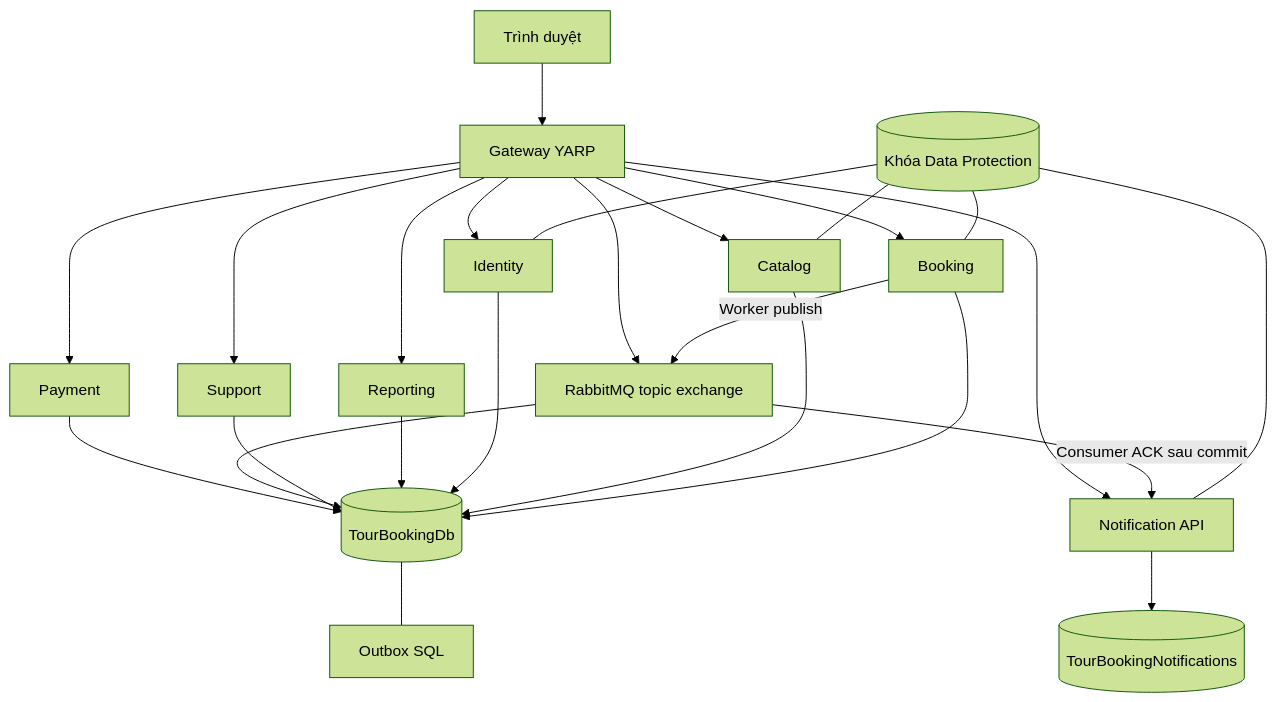
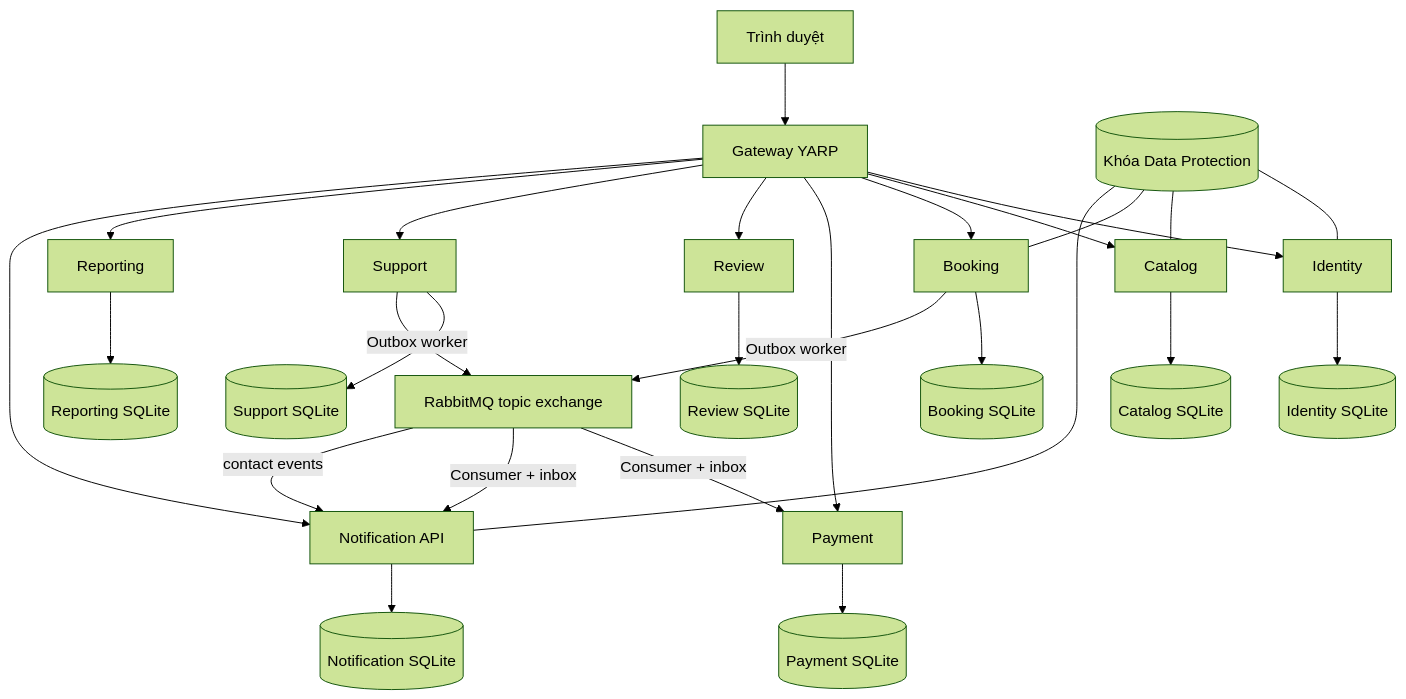
One commit to dangvu2910/Tourbookingg changed the first of 2 diagrams in docs/bao-cao-he-thong-phan-tan.md. Above: the diagram before and after it, drawn with Mermaid (forest theme). The commit also changed other lines of this file and 70 other files, not shown here.

````diff
--- a/docs/bao-cao-he-thong-phan-tan.md
+++ b/docs/bao-cao-he-thong-phan-tan.md
@@ -13,27 +13,29 @@
 ```mermaid
 flowchart TB
     U[Trình duyệt] --> G[Gateway YARP]
     G --> I[Identity]
     G --> C[Catalog]
     G --> B[Booking]
     G --> P[Payment]
     G --> R[Review]
     G --> S[Support]
     G --> RP[Reporting]
-    P --> D
-    R --> D
-    S --> D
-    RP --> D
     G --> N[Notification API]
-    I --> D[(TourBookingDb)]
-    C --> D
-    B --> D
-    D --- O[Outbox SQL]
-    B -->|Worker publish| R[RabbitMQ topic exchange]
-    R -->|Consumer ACK sau commit| N
-    N --> ND[(TourBookingNotifications)]
+    I --> ID[(Identity SQLite)]
+    C --> CD[(Catalog SQLite)]
+    B --> BD[(Booking SQLite)]
+    P --> PD[(Payment SQLite)]
+    R --> RD[(Review SQLite)]
+    S --> SD[(Support SQLite)]
+    RP --> RPD[(Reporting SQLite)]
+    N --> ND[(Notification SQLite)]
+    B -->|Outbox worker| Q[RabbitMQ topic exchange]
+    Q -->|Consumer + inbox| P
+    Q -->|Consumer + inbox| N
+    S -->|Outbox worker| Q
+    Q -->|contact events| N
     K[(Khóa Data Protection)] --- I
     K --- C
     K --- B
     K --- N
 ```
````
